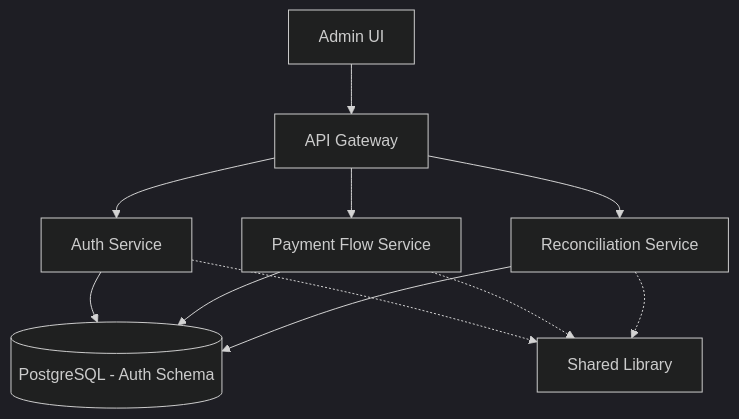
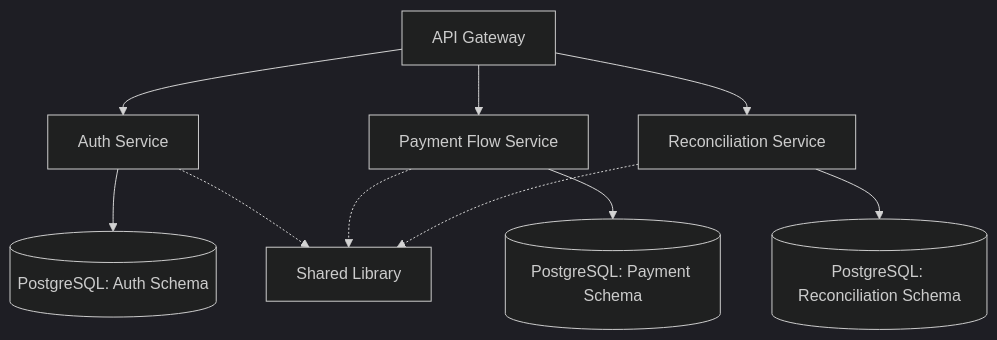
One commit to LaborManagement/documentation changed the diagram in README.md. Above: the diagram before and after it, drawn with Mermaid (dark theme). The commit also changed other lines of this file, not shown here.

Commit message:
admin ui section removed

````diff
--- a/README.md
+++ b/README.md
@@ -169,15 +175,14 @@
 ```mermaid
 graph TD
-    UI[Admin UI] --> Gateway[API Gateway]
-    Gateway --> Auth[Auth Service]
+    Gateway[API Gateway] --> Auth[Auth Service]
     Gateway --> Payment[Payment Flow Service]
     Gateway --> Recon[Reconciliation Service]
-    
-    Auth --> DB[(PostgreSQL - Auth Schema)]
-    Payment --> DB
-    Recon --> DB
-    
+
+    Auth --> AuthDB[(PostgreSQL: Auth Schema)]
+    Payment --> PaymentDB[(PostgreSQL: Payment Schema)]
+    Recon --> ReconDB[(PostgreSQL: Reconciliation Schema)]
+
     Auth -.-> Shared[Shared Library]
     Payment -.-> Shared
     Recon -.-> Shared
 ```
````
